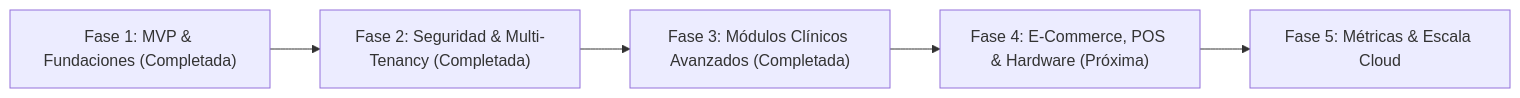
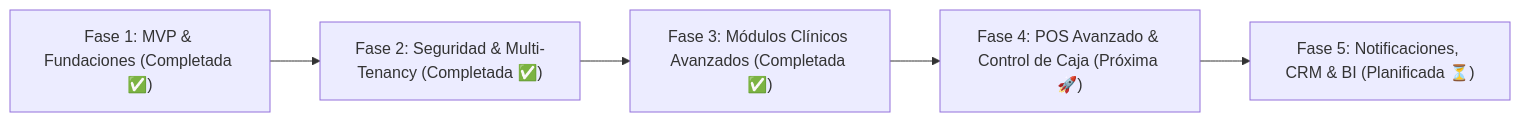
One commit to altusmarketingdigital-mx/Sistema-Veterinario---Altus-PetCloud changed the diagram in PLAN_DE_DESARROLLO.md. Above: the diagram before and after it, drawn with Mermaid. The commit also changed other lines of this file, not shown here.

````diff
--- a/PLAN_DE_DESARROLLO.md
+++ b/PLAN_DE_DESARROLLO.md
@@ -10,7 +10,7 @@
 ```mermaid
 flowchart LR
-    A["Fase 1: MVP & Fundaciones (Completada)"] --> B["Fase 2: Seguridad & Multi-Tenancy (Completada)"]
-    B --> C["Fase 3: Módulos Clínicos Avanzados (Completada)"]
-    C --> D["Fase 4: E-Commerce, POS & Hardware (Próxima)"]
-    D --> E["Fase 5: Métricas & Escala Cloud"]
+    A["Fase 1: MVP & Fundaciones (Completada ✅)"] --> B["Fase 2: Seguridad & Multi-Tenancy (Completada ✅)"]
+    B --> C["Fase 3: Módulos Clínicos Avanzados (Completada ✅)"]
+    C --> D["Fase 4: POS Avanzado & Control de Caja (Próxima 🚀)"]
+    D --> E["Fase 5: Notificaciones, CRM & BI (Planificada ⏳)"]
 ```
````
